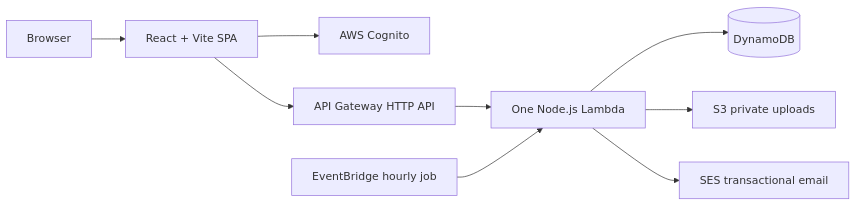
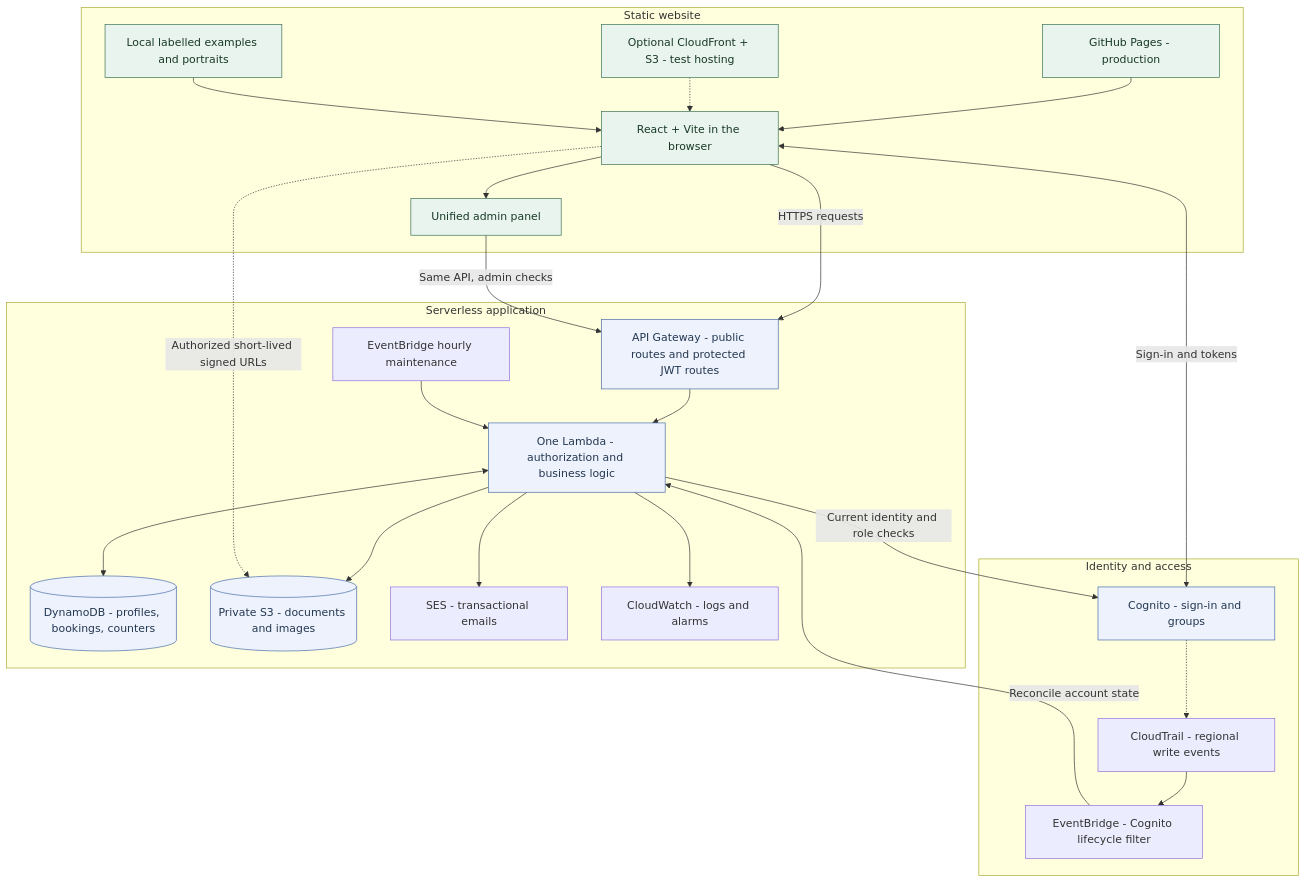
One commit to Bobsnadenica/growpoint.bg changed the diagram in README.md. Above: the diagram before and after it, drawn with Mermaid. The commit also changed other lines of this file and 59 other files, not shown here.

````diff
--- a/README.md
+++ b/README.md
@@ -53,11 +57,40 @@
 ```mermaid
-flowchart LR
-  B[Browser] --> SPA[React + Vite SPA]
-  SPA --> C[AWS Cognito]
-  SPA --> API[API Gateway HTTP API]
-  API --> L[One Node.js Lambda]
-  L --> D[(DynamoDB)]
-  L --> S[S3 private uploads]
-  L --> E[SES transactional email]
-  EB[EventBridge hourly job] --> L
+flowchart TB
+  subgraph Web[Static website]
+    GH[GitHub Pages - production] --> SPA[React + Vite in the browser]
+    CF[Optional CloudFront + S3 - test hosting] -.-> SPA
+    EX[Local labelled examples and portraits] --> SPA
+    SPA --> ADMIN[Unified admin panel]
+  end
+  subgraph Identity[Identity and access]
+    C[Cognito - sign-in and groups]
+    CT[CloudTrail - regional write events]
+    EV[EventBridge - Cognito lifecycle filter]
+    C -.-> CT --> EV
+  end
+  subgraph Backend[Serverless application]
+    API[API Gateway - public routes and protected JWT routes]
+    L[One Lambda - authorization and business logic]
+    D[(DynamoDB - profiles, bookings, counters)]
+    S[(Private S3 - documents and images)]
+    E[SES - transactional emails]
+    JOB[EventBridge hourly maintenance]
+    CW[CloudWatch - logs and alarms]
+    API --> L
+    L <--> D
+    L --> S
+    L --> E
+    L --> CW
+    JOB --> L
+  end
+  SPA <-->|Sign-in and tokens| C
+  SPA -->|HTTPS requests| API
+  ADMIN -->|Same API, admin checks| API
+  L -->|Current identity and role checks| C
+  EV -->|Reconcile account state| L
+  SPA -.->|Authorized short-lived signed URLs| S
+  classDef static fill:#eaf4ee,stroke:#387052,color:#173926
+  classDef secure fill:#edf2fc,stroke:#496ca8,color:#233751
+  class SPA,GH,CF,EX,ADMIN static
+  class C,API,L,D,S secure
 ```
````
